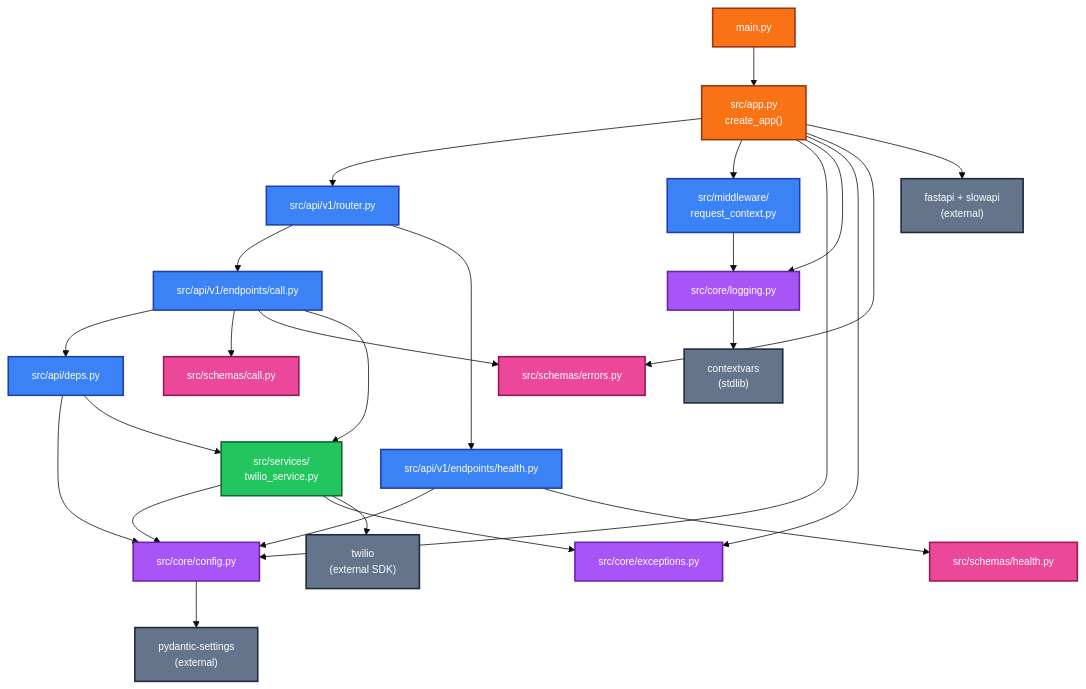
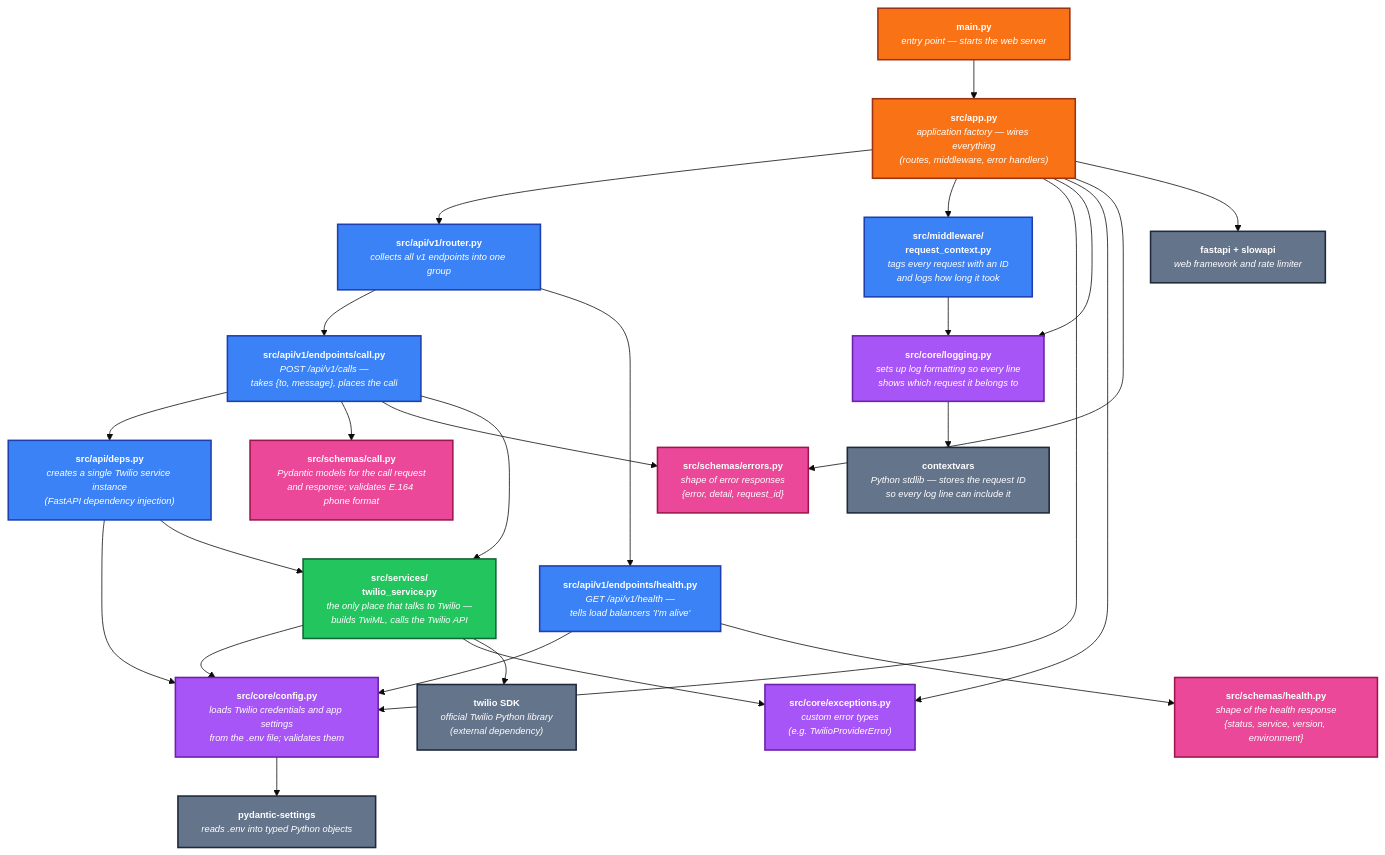
Before and after one commit to AnsImran/robo-call-microservice: the fourth of 5 diagrams in README.md, drawn with Mermaid. The commit also changed 2 other files, not shown here.

Commit message:
Annotate module-dependencies diagram with plain-English descriptions

````diff
--- a/README.md
+++ b/README.md
@@ -194,49 +194,67 @@
 ```mermaid
-%%{init: {'theme':'base','themeVariables':{'fontFamily':'Inter, system-ui, sans-serif','fontSize':'13px'}}}%%
+%%{init: {'theme':'base','themeVariables':{'fontFamily':'Inter, system-ui, sans-serif','fontSize':'12px'}}}%%
 flowchart TB
-    Main["main.py"] --> App["src/app.py<br/>create_app()"]
+    Main["<b>main.py</b><br/><i>entry point — starts the web server</i>"]
+    App["<b>src/app.py</b><br/><i>application factory — wires everything<br/>(routes, middleware, error handlers)</i>"]
+    Main --> App
 
-    App --> Router["src/api/v1/router.py"]
-    App --> MW["src/middleware/<br/>request_context.py"]
-    App --> Cfg["src/core/config.py"]
-    App --> Log["src/core/logging.py"]
-    App --> Exc["src/core/exceptions.py"]
-    App --> ErrSchema["src/schemas/errors.py"]
+    Router["<b>src/api/v1/router.py</b><br/><i>collects all v1 endpoints into one group</i>"]
+    MW["<b>src/middleware/<br/>request_context.py</b><br/><i>tags every request with an ID<br/>and logs how long it took</i>"]
+    Cfg["<b>src/core/config.py</b><br/><i>loads Twilio credentials and app settings<br/>from the .env file; validates them</i>"]
+    Log["<b>src/core/logging.py</b><br/><i>sets up log formatting so every line<br/>shows which request it belongs to</i>"]
+    Exc["<b>src/core/exceptions.py</b><br/><i>custom error types<br/>(e.g. TwilioProviderError)</i>"]
+    ErrSchema["<b>src/schemas/errors.py</b><br/><i>shape of error responses<br/>{error, detail, request_id}</i>"]
 
-    Router --> CallEp["src/api/v1/endpoints/call.py"]
-    Router --> HealthEp["src/api/v1/endpoints/health.py"]
+    App --> Router
+    App --> MW
+    App --> Cfg
+    App --> Log
+    App --> Exc
+    App --> ErrSchema
 
-    CallEp --> Deps["src/api/deps.py"]
-    CallEp --> CallSchema["src/schemas/call.py"]
+    CallEp["<b>src/api/v1/endpoints/call.py</b><br/><i>POST /api/v1/calls —<br/>takes {to, message}, places the call</i>"]
+    HealthEp["<b>src/api/v1/endpoints/health.py</b><br/><i>GET /api/v1/health —<br/>tells load balancers 'I'm alive'</i>"]
+    Router --> CallEp
+    Router --> HealthEp
+
+    Deps["<b>src/api/deps.py</b><br/><i>creates a single Twilio service instance<br/>(FastAPI dependency injection)</i>"]
+    CallSchema["<b>src/schemas/call.py</b><br/><i>Pydantic models for the call request<br/>and response; validates E.164 phone format</i>"]
+    Svc["<b>src/services/<br/>twilio_service.py</b><br/><i>the only place that talks to Twilio —<br/>builds TwiML, calls the Twilio API</i>"]
+    HealthSchema["<b>src/schemas/health.py</b><br/><i>shape of the health response<br/>{status, service, version, environment}</i>"]
+
+    CallEp --> Deps
+    CallEp --> CallSchema
     CallEp --> ErrSchema
-    CallEp --> Svc["src/services/<br/>twilio_service.py"]
-
+    CallEp --> Svc
     HealthEp --> Cfg
-    HealthEp --> HealthSchema["src/schemas/health.py"]
-
+    HealthEp --> HealthSchema
     Deps --> Cfg
     Deps --> Svc
-
     Svc --> Cfg
     Svc --> Exc
-    Svc --> TwExt["twilio<br/>(external SDK)"]
 
+    TwExt["<b>twilio SDK</b><br/><i>official Twilio Python library<br/>(external dependency)</i>"]
+    PSExt["<b>pydantic-settings</b><br/><i>reads .env into typed Python objects</i>"]
+    FastAPIExt["<b>fastapi + slowapi</b><br/><i>web framework and rate limiter</i>"]
+    ContextVar["<b>contextvars</b><br/><i>Python stdlib — stores the request ID<br/>so every log line can include it</i>"]
+
+    Svc --> TwExt
     MW --> Log
-    Log --> ContextVar["contextvars<br/>(stdlib)"]
-    Cfg --> PSExt["pydantic-settings<br/>(external)"]
-    App --> FastAPIExt["fastapi + slowapi<br/>(external)"]
+    Log --> ContextVar
+    Cfg --> PSExt
+    App --> FastAPIExt
 
     classDef api fill:#3b82f6,stroke:#1e40af,stroke-width:2px,color:#fff
     classDef svc fill:#22c55e,stroke:#166534,stroke-width:2px,color:#fff
     classDef core fill:#a855f7,stroke:#6b21a8,stroke-width:2px,color:#fff
     classDef schema fill:#ec4899,stroke:#9d174d,stroke-width:2px,color:#fff
     classDef ext fill:#64748b,stroke:#1e293b,stroke-width:2px,color:#fff
     classDef entry fill:#f97316,stroke:#9a3412,stroke-width:2px,color:#fff
 
     class Main,App entry
     class Router,CallEp,HealthEp,Deps,MW api
     class Svc svc
     class Cfg,Log,Exc core
     class CallSchema,HealthSchema,ErrSchema schema
     class TwExt,PSExt,FastAPIExt,ContextVar ext
 ```
````
